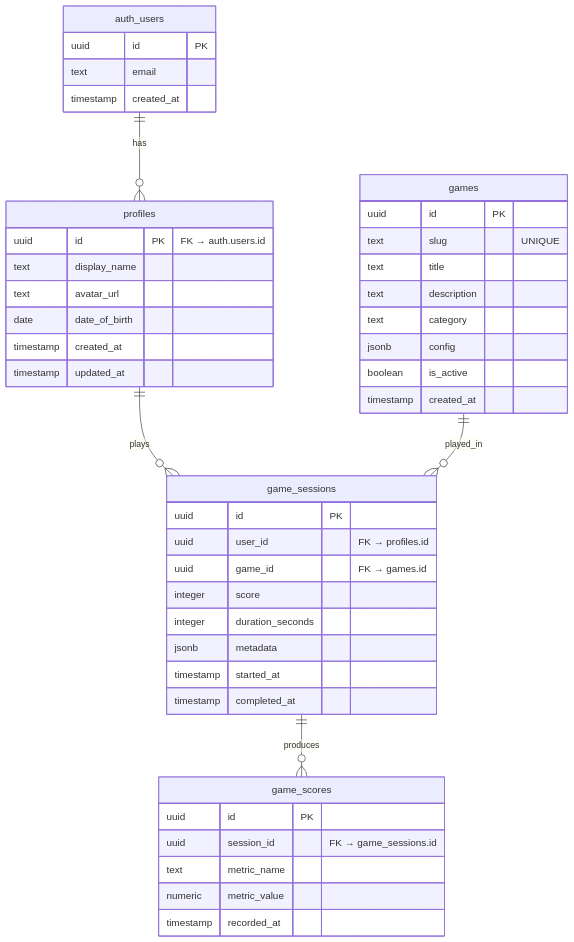
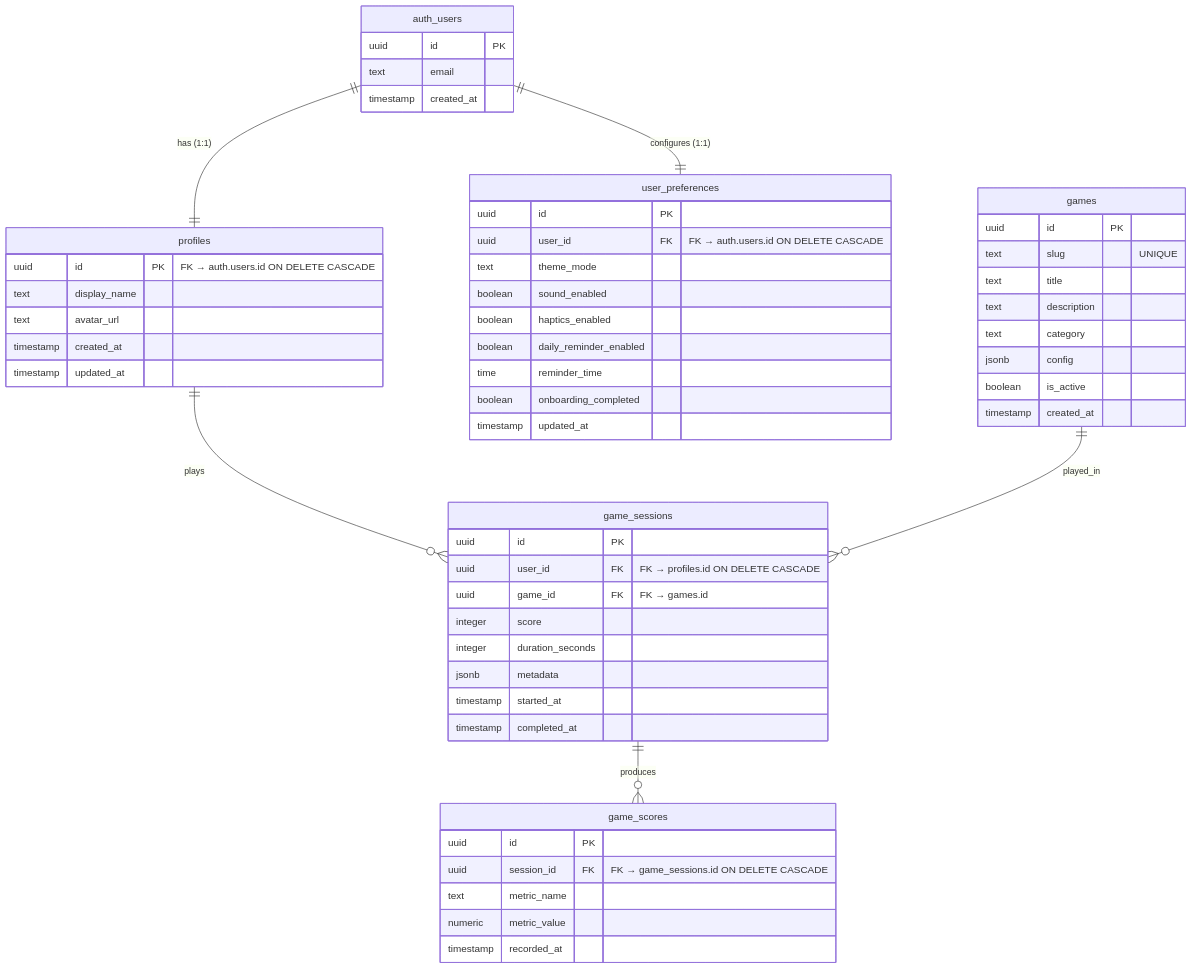
Before and after one commit to Navdeep-kr/Neuroplay: the third of 3 diagrams in docs/architecture.md, drawn with Mermaid. The commit also changed other lines of this file and 29 other files, not shown here.

Commit message:
feat(auth): implement supabase auth, guest mode, profile preferences, and account deletion

````diff
--- a/docs/architecture.md
+++ b/docs/architecture.md
@@ -180,48 +148,59 @@
 ```mermaid
 erDiagram
-    auth_users ||--o{ profiles : "has"
+    auth_users ||--|| profiles : "has (1:1)"
+    auth_users ||--|| user_preferences : "configures (1:1)"
     profiles ||--o{ game_sessions : "plays"
     games ||--o{ game_sessions : "played_in"
     game_sessions ||--o{ game_scores : "produces"
 
     auth_users {
         uuid id PK
         text email
         timestamp created_at
     }
     profiles {
-        uuid id PK "FK → auth.users.id"
+        uuid id PK "FK → auth.users.id ON DELETE CASCADE"
         text display_name
         text avatar_url
-        date date_of_birth
         timestamp created_at
+        timestamp updated_at
+    }
+    user_preferences {
+        uuid id PK
+        uuid user_id FK "FK → auth.users.id ON DELETE CASCADE"
+        text theme_mode
+        boolean sound_enabled
+        boolean haptics_enabled
+        boolean daily_reminder_enabled
+        time reminder_time
+        boolean onboarding_completed
         timestamp updated_at
     }
     games {
         uuid id PK
         text slug "UNIQUE"
         text title
         text description
         text category
         jsonb config
         boolean is_active
         timestamp created_at
     }
     game_sessions {
         uuid id PK
-        uuid user_id "FK → profiles.id"
-        uuid game_id "FK → games.id"
+        uuid user_id FK "FK → profiles.id ON DELETE CASCADE"
+        uuid game_id FK "FK → games.id"
         integer score
         integer duration_seconds
         jsonb metadata
         timestamp started_at
         timestamp completed_at
     }
     game_scores {
         uuid id PK
-        uuid session_id "FK → game_sessions.id"
+        uuid session_id FK "FK → game_sessions.id ON DELETE CASCADE"
         text metric_name
         numeric metric_value
         timestamp recorded_at
     }
 ```
````
